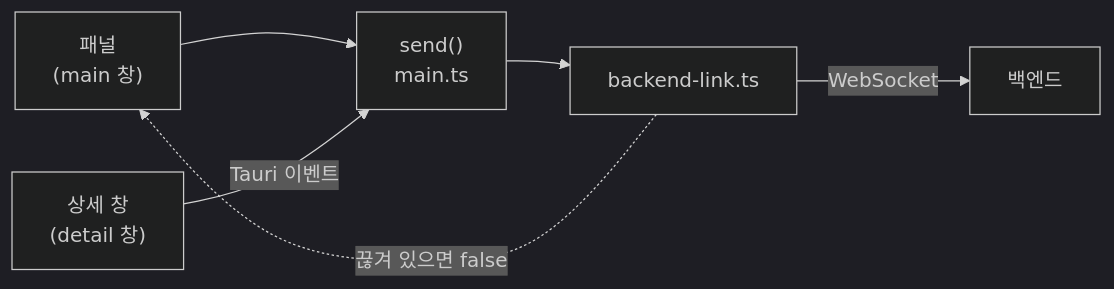
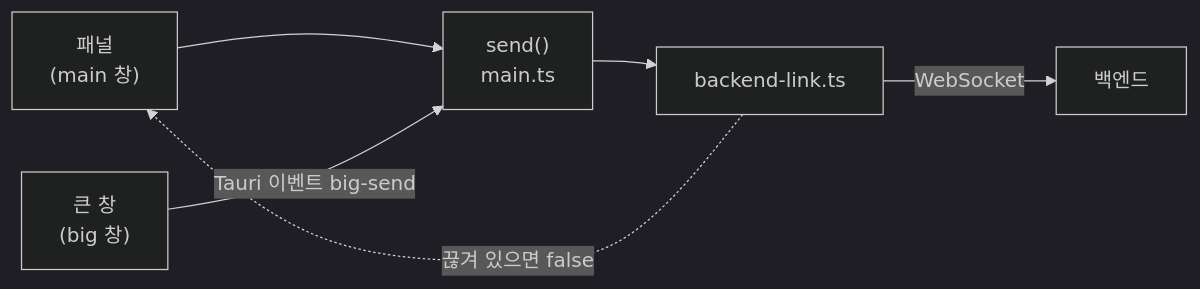
The third of 19 diagrams in ARCHITECTURE.md (HEOSEONGILml/AssistantChatBot), drawn with Mermaid (dark theme) before and after one commit. The commit also changed other lines of this file and 22 other files, not shown here.

````diff
--- a/ARCHITECTURE.md
+++ b/ARCHITECTURE.md
@@ -69,7 +69,7 @@
 ```mermaid
 flowchart LR
   P["패널<br>(main 창)"] --> S["send()<br>main.ts"]
-  D["상세 창<br>(detail 창)"] -->|"Tauri 이벤트"| S
+  D["큰 창<br>(big 창)"] -->|"Tauri 이벤트 big-send"| S
   S --> L["backend-link.ts"] -->|"WebSocket"| B["백엔드"]
   L -.->|"끊겨 있으면 false"| P
 ```
````
